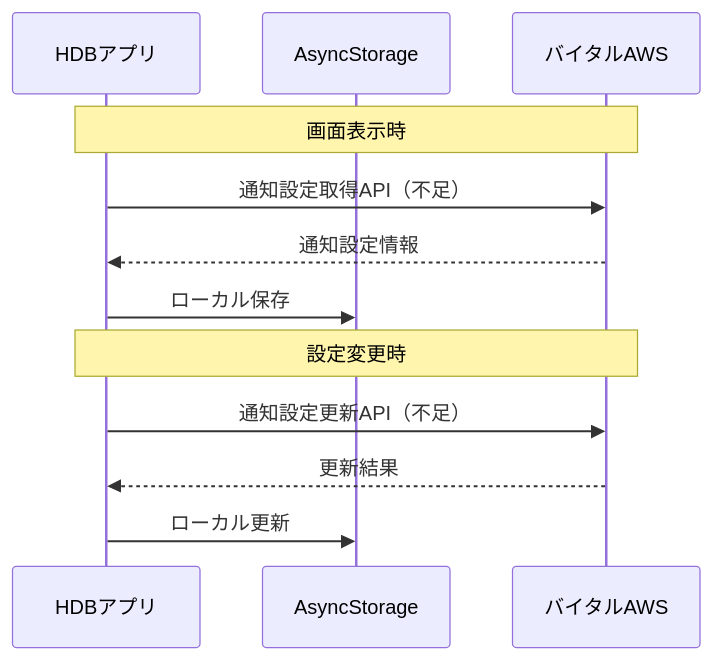
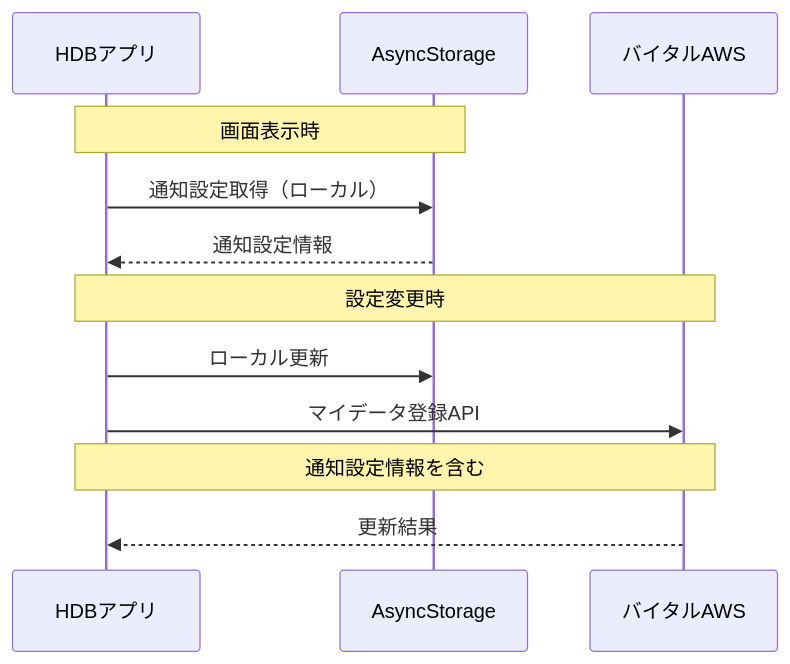
The eighth of 15 diagrams in doc/QA/画面別API通信図.md (sasaibu/hdb), drawn with Mermaid before and after one commit. The commit also changed other lines of this file, not shown here.

````diff
--- a/doc/QA/画面別API通信図.md
+++ b/doc/QA/画面別API通信図.md
@@ -173,16 +172,16 @@
 ```mermaid
 sequenceDiagram
     participant App as HDBアプリ
     participant Storage as AsyncStorage
     participant AWS as バイタルAWS
     
-    Note over App,AWS: 画面表示時
-    App->>AWS: 通知設定取得API（不足）
-    AWS-->>App: 通知設定情報
-    App->>Storage: ローカル保存
+    Note over App,Storage: 画面表示時
+    App->>Storage: 通知設定取得（ローカル）
+    Storage-->>App: 通知設定情報
     
     Note over App,AWS: 設定変更時
-    App->>AWS: 通知設定更新API（不足）
+    App->>Storage: ローカル更新
+    App->>AWS: マイデータ登録API
+    Note over App,AWS: 通知設定情報を含む
     AWS-->>App: 更新結果
-    App->>Storage: ローカル更新
 ```
````
